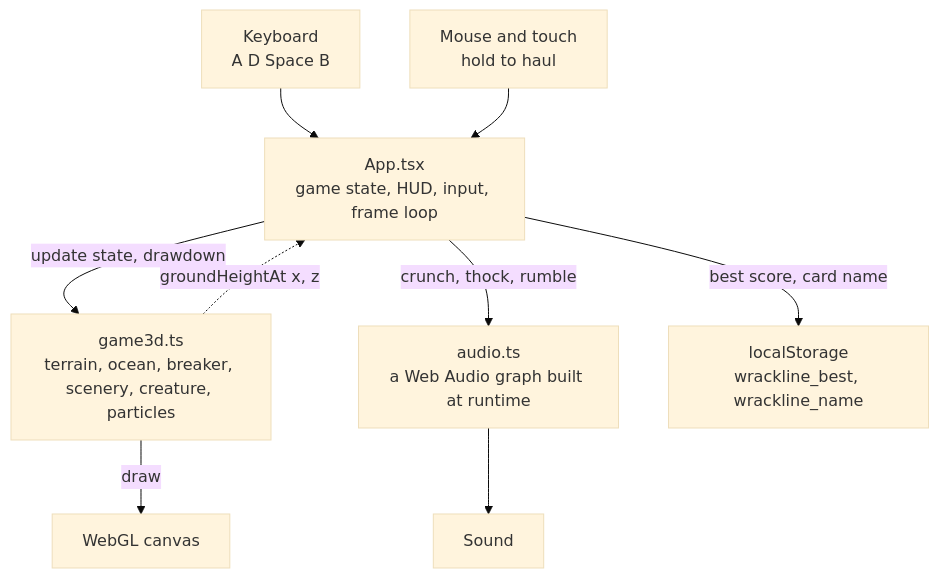
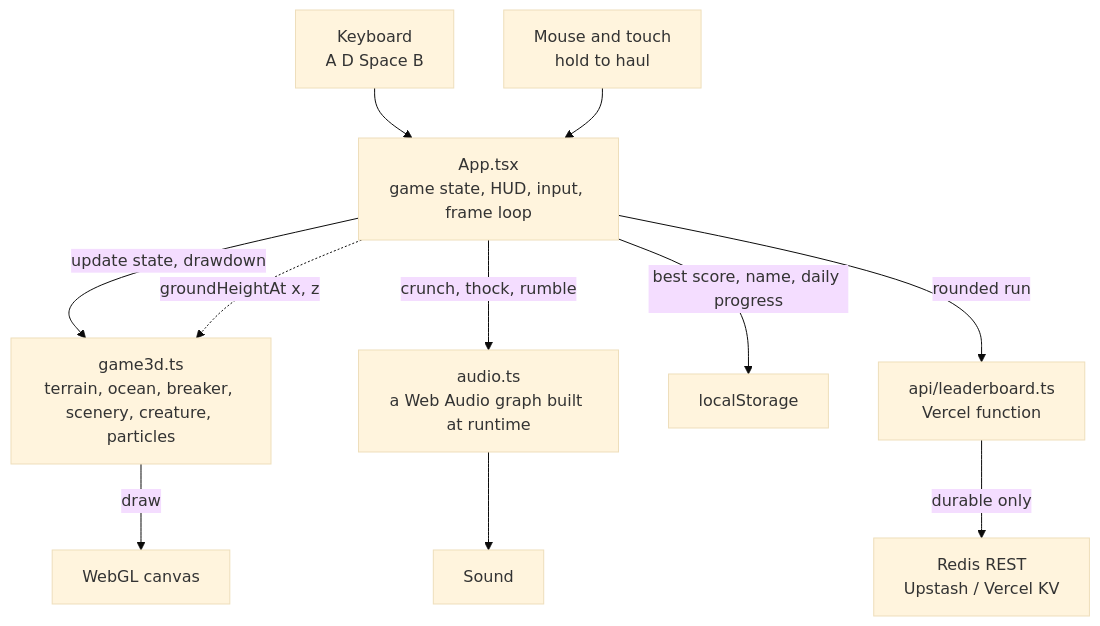
One commit to thesithunyein/wrackline changed the fifth of 5 diagrams in README.md. Above: the diagram before and after it, drawn with Mermaid (base theme). The commit also changed other lines of this file and 13 other files, not shown here.

````diff
--- a/README.md
+++ b/README.md
@@ -179,11 +217,13 @@
 ```mermaid
 flowchart TD
   Keys["Keyboard<br/>A D Space B"] --> App
   Pointer["Mouse and touch<br/>hold to haul"] --> App
   App["App.tsx<br/>game state, HUD, input, frame loop"] -->|"update state, drawdown"| Engine["game3d.ts<br/>terrain, ocean, breaker, scenery, creature, particles"]
   Engine -->|"draw"| Canvas["WebGL canvas"]
   App -->|"crunch, thock, rumble"| Audio["audio.ts<br/>a Web Audio graph built at runtime"]
   Audio --> Speakers["Sound"]
-  App -->|"best score, card name"| Store["localStorage<br/>wrackline_best, wrackline_name"]
-  Engine -.->|"groundHeightAt x, z"| App
+  App -->|"best score, name, daily progress"| Store["localStorage"]
+  App -->|"rounded run"| Endpoint["api/leaderboard.ts<br/>Vercel function"]
+  Endpoint -->|"durable only"| Vault["Redis REST<br/>Upstash / Vercel KV"]
+  App -.->|"groundHeightAt x, z"| Engine
 ```
````
